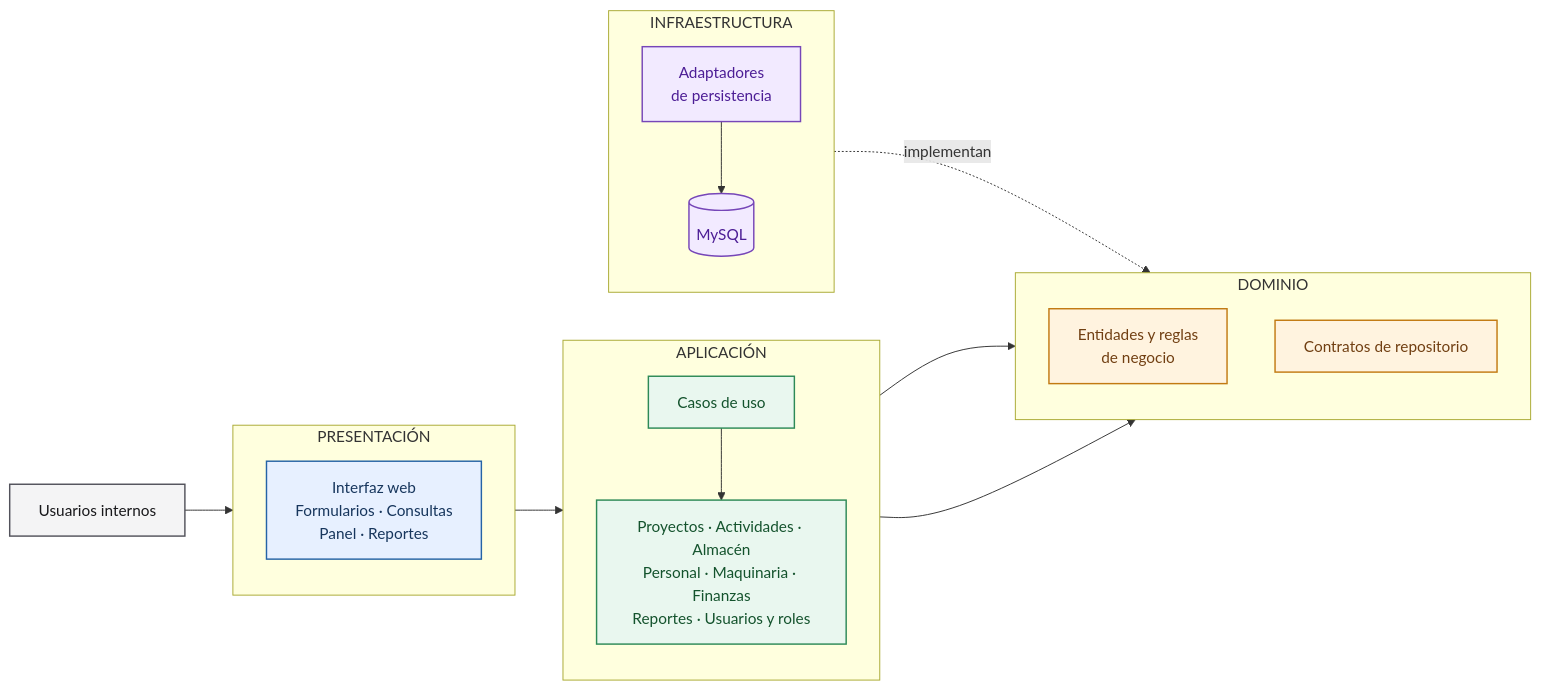
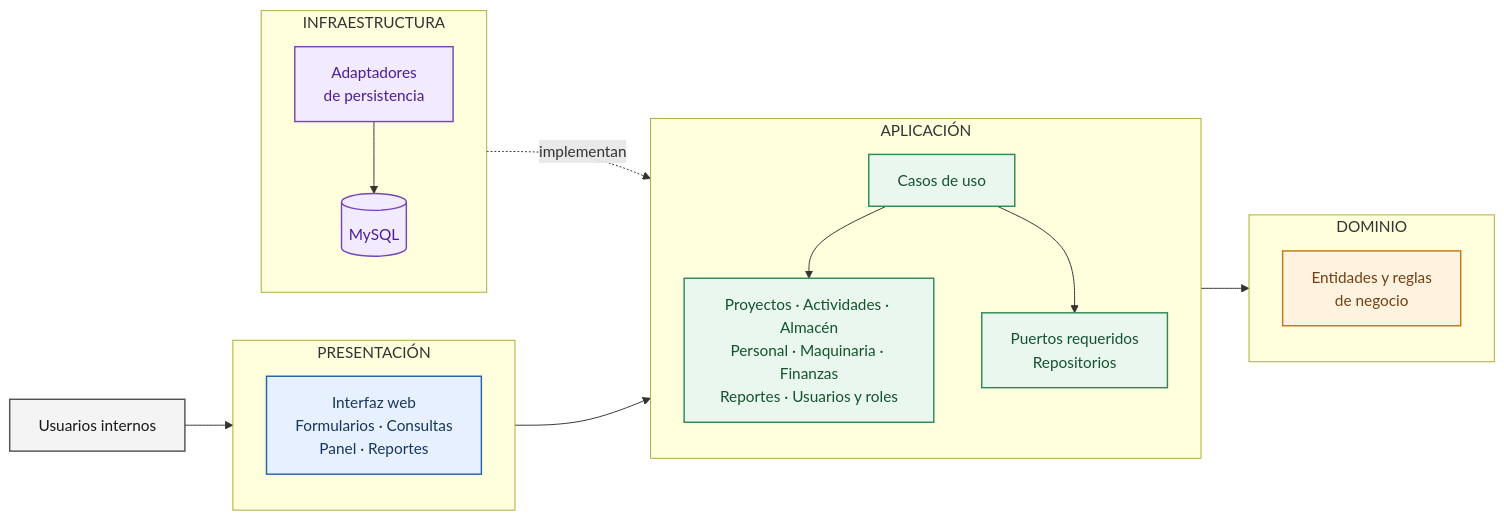
The diagram in img/fuentes/estilo-monolito-capas.mmd (dostinarroyo/Constructora-arquitSoft-02-Dostin_Arroyo), drawn with Mermaid before and after one commit. The commit also changed 18 other files, not shown here.

First line of the commit message:
docs: align architecture with Clean Architecture

```diff
--- a/img/fuentes/estilo-monolito-capas.mmd
+++ b/img/fuentes/estilo-monolito-capas.mmd
@@ -1,44 +1,45 @@
 flowchart LR
     browser["Usuarios internos"]
 
     subgraph presentation["PRESENTACIÓN"]
         direction TB
         ui["Interfaz web<br/>Formularios · Consultas<br/>Panel · Reportes"]
     end
 
     subgraph application["APLICACIÓN"]
         direction TB
         usecases["Casos de uso"]
+        ports["Puertos requeridos<br/>Repositorios"]
         modules["Proyectos · Actividades · Almacén<br/>Personal · Maquinaria · Finanzas<br/>Reportes · Usuarios y roles"]
         usecases --> modules
+        usecases --> ports
     end
 
     subgraph domain["DOMINIO"]
         direction TB
         rules["Entidades y reglas<br/>de negocio"]
-        ports["Contratos de repositorio"]
     end
 
     subgraph infrastructure["INFRAESTRUCTURA"]
         direction TB
         adapters["Adaptadores<br/>de persistencia"]
         db[("MySQL")]
         adapters --> db
     end
 
     browser --> ui --> usecases
     modules --> rules
-    modules --> ports
     adapters -. "implementan" .-> ports
 
     classDef user fill:#f4f4f5,stroke:#52525b,color:#18181b,stroke-width:1.5px
     classDef presentationStyle fill:#e7f0ff,stroke:#2563a6,color:#17365d,stroke-width:1.5px
     classDef applicationStyle fill:#e9f7ef,stroke:#2d8a57,color:#14532d,stroke-width:1.5px
     classDef domainStyle fill:#fff3df,stroke:#c27a12,color:#713f12,stroke-width:1.5px
     classDef infrastructureStyle fill:#f2eaff,stroke:#7646b8,color:#4c1d95,stroke-width:1.5px
 
     class browser user
     class ui presentationStyle
     class usecases,modules applicationStyle
-    class rules,ports domainStyle
+    class rules domainStyle
+    class ports applicationStyle
     class adapters,db infrastructureStyle
```
